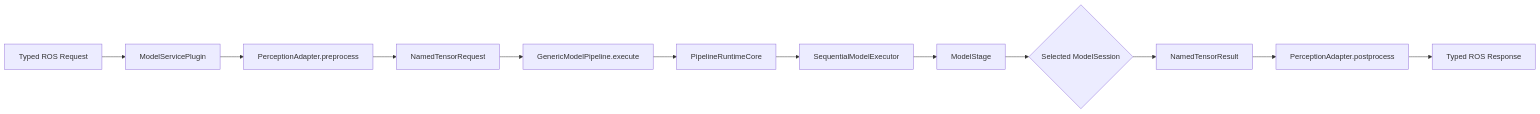
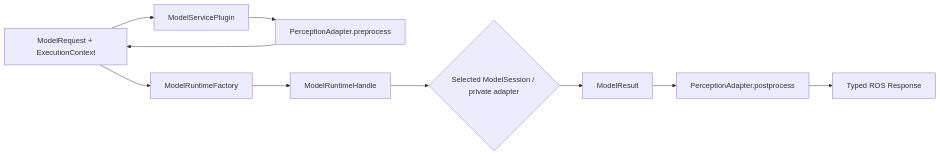
One commit to StoneStar-Aiknow/IB_Robot changed the third of 9 diagrams in docs/unify.md. Above: the diagram before and after it, drawn with Mermaid. The commit also changed other lines of this file and 212 other files, not shown here.

````diff
--- a/docs/unify.md
+++ b/docs/unify.md
@@ -257,14 +257,12 @@
 ```mermaid
 flowchart LR
     REQUEST["Typed ROS Request"] --> PLUGIN["ModelServicePlugin"]
     PLUGIN --> ADAPTER_PRE["PerceptionAdapter.preprocess"]
-    ADAPTER_PRE --> NAMED["NamedTensorRequest"]
-    NAMED --> PIPELINE["GenericModelPipeline.execute"]
-    PIPELINE --> CORE["PipelineRuntimeCore"]
-    CORE --> EXECUTOR["SequentialModelExecutor"]
-    EXECUTOR --> STAGE["ModelStage"]
-    STAGE --> SESSION{"Selected ModelSession"}
-    SESSION --> RESULT["NamedTensorResult"]
+    ADAPTER_PRE --> REQUEST["ModelRequest + ExecutionContext"]
+    REQUEST --> FACTORY["ModelRuntimeFactory"]
+    FACTORY --> HANDLE["ModelRuntimeHandle"]
+    HANDLE --> SESSION{"Selected ModelSession / private adapter"}
+    SESSION --> RESULT["ModelResult"]
     RESULT --> ADAPTER_POST["PerceptionAdapter.postprocess"]
     ADAPTER_POST --> RESPONSE["Typed ROS Response"]
 ```
````
